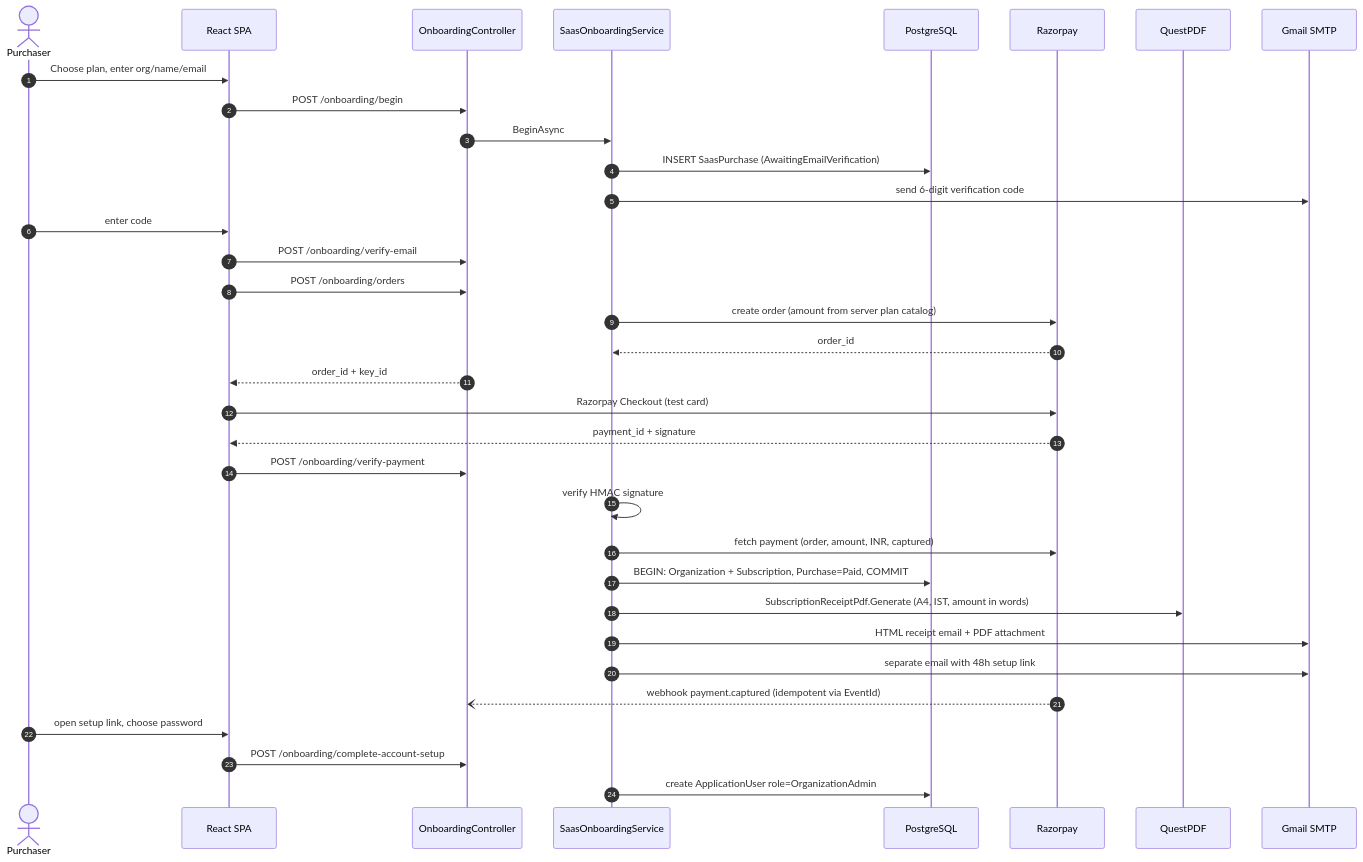
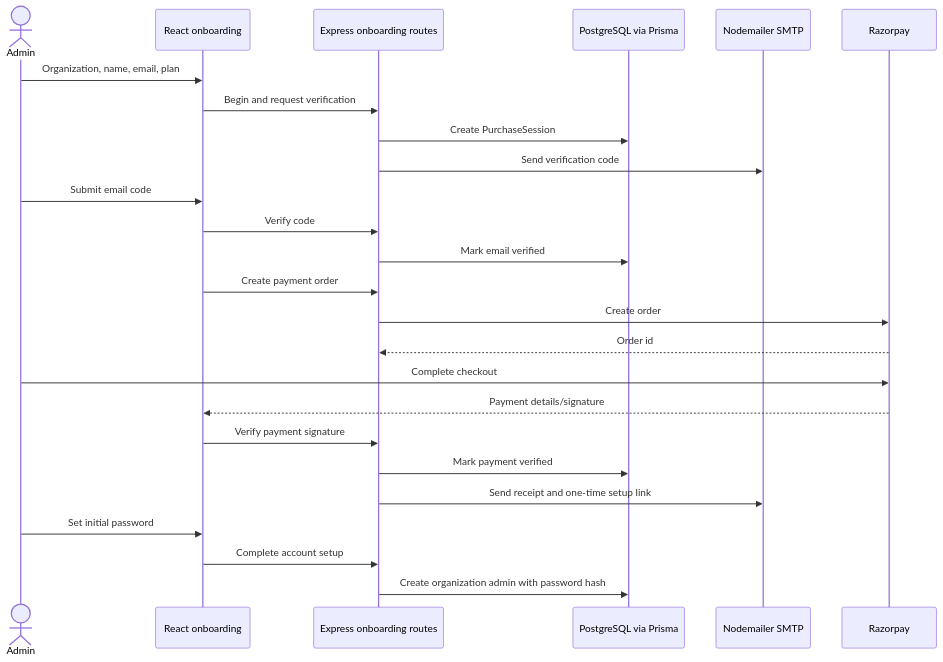
Before and after one commit to Bhavika-Giyanani/TransitOps: the third of 4 diagrams in docs/uml/06-sequence-diagrams.md, drawn with Mermaid. The commit also changed other lines of this file and 48 other files, not shown here.

````diff
--- a/docs/uml/06-sequence-diagrams.md
+++ b/docs/uml/06-sequence-diagrams.md
@@ -128,37 +59,27 @@
 ```mermaid
 sequenceDiagram
-    autonumber
-    actor P as Purchaser
-    participant FE as React SPA
-    participant O as OnboardingController
-    participant S as SaasOnboardingService
-    participant DB as PostgreSQL
-    participant R as Razorpay
-    participant Q as QuestPDF
-    participant M as Gmail SMTP
-
-    P->>FE: Choose plan, enter org/name/email
-    FE->>O: POST /onboarding/begin
-    O->>S: BeginAsync
-    S->>DB: INSERT SaasPurchase (AwaitingEmailVerification)
-    S->>M: send 6-digit verification code
-    P->>FE: enter code
-    FE->>O: POST /onboarding/verify-email
-    FE->>O: POST /onboarding/orders
-    S->>R: create order (amount from server plan catalog)
-    R-->>S: order_id
-    O-->>FE: order_id + key_id
-    FE->>R: Razorpay Checkout (test card)
-    R-->>FE: payment_id + signature
-    FE->>O: POST /onboarding/verify-payment
-    S->>S: verify HMAC signature
-    S->>R: fetch payment (order, amount, INR, captured)
-    S->>DB: BEGIN: Organization + Subscription, Purchase=Paid, COMMIT
-    S->>Q: SubscriptionReceiptPdf.Generate (A4, IST, amount in words)
-    S->>M: HTML receipt email + PDF attachment
-    S->>M: separate email with 48h setup link
-    R--)O: webhook payment.captured (idempotent via EventId)
-    P->>FE: open setup link, choose password
-    FE->>O: POST /onboarding/complete-account-setup
-    S->>DB: create ApplicationUser role=OrganizationAdmin
+  actor Admin
+  participant UI as React onboarding
+  participant API as Express onboarding routes
+  participant DB as PostgreSQL via Prisma
+  participant Mail as Nodemailer SMTP
+  participant Pay as Razorpay
+  Admin->>UI: Organization, name, email, plan
+  UI->>API: Begin and request verification
+  API->>DB: Create PurchaseSession
+  API->>Mail: Send verification code
+  Admin->>UI: Submit email code
+  UI->>API: Verify code
+  API->>DB: Mark email verified
+  UI->>API: Create payment order
+  API->>Pay: Create order
+  Pay-->>API: Order id
+  Admin->>Pay: Complete checkout
+  Pay-->>UI: Payment details/signature
+  UI->>API: Verify payment signature
+  API->>DB: Mark payment verified
+  API->>Mail: Send receipt and one-time setup link
+  Admin->>UI: Set initial password
+  UI->>API: Complete account setup
+  API->>DB: Create organization admin with password hash
 ```
````
